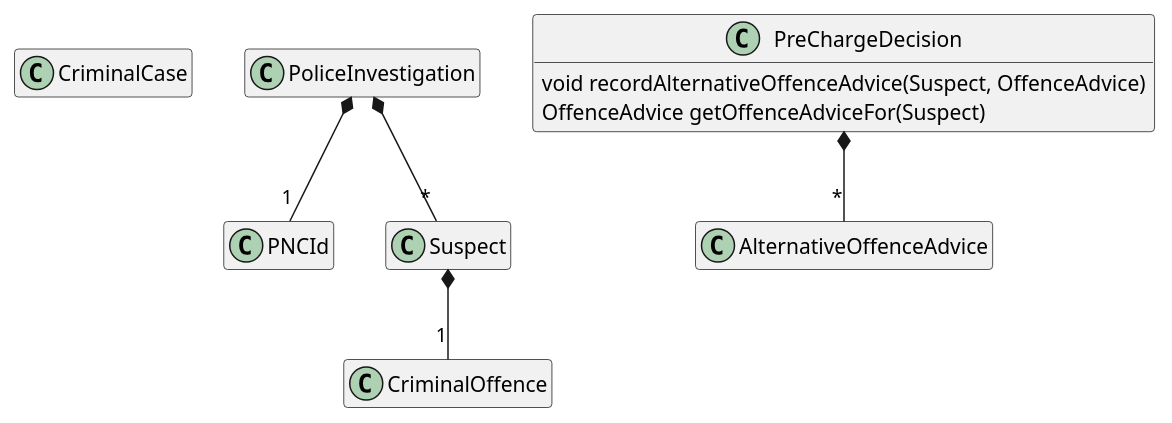
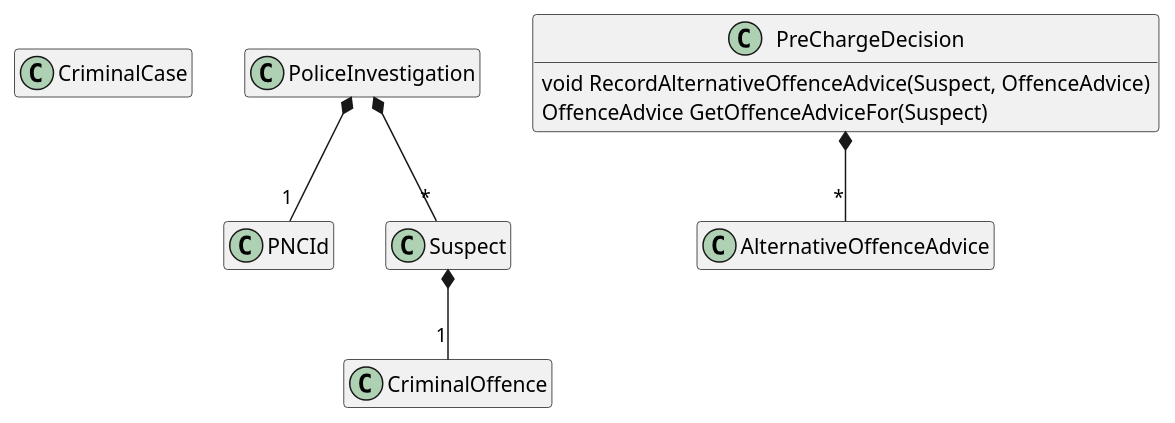
Before and after one commit to sswietoniowski/learning-csharp-domain-driven-desing-first-steps: the diagram in docs/Domain-Model.puml, drawn with PlantUML. The commit also changed 2 other files, not shown here.

```diff
--- a/docs/Domain-Model.puml
+++ b/docs/Domain-Model.puml
@@ -1,37 +1,37 @@
 @startuml Public Prosecution Service
 
 hide empty members
 hide empty methods
 
 class CriminalCase {
 }
 
 class CriminalOffence {
 }
 
 class PNCId {
 }
 
 class PoliceInvestigation {
 }
 
 class PreChargeDecision {
-    void recordAlternativeOffenceAdvice(Suspect, OffenceAdvice)
-    OffenceAdvice getOffenceAdviceFor(Suspect)
+    void RecordAlternativeOffenceAdvice(Suspect, OffenceAdvice)
+    OffenceAdvice GetOffenceAdviceFor(Suspect)
 }
 
 class AlternativeOffenceAdvice {
 }
 
 class Suspect    {
 }
 
 Suspect *-- "1" CriminalOffence
 
 PoliceInvestigation *-- "*" Suspect
 
 PoliceInvestigation *-- "1" PNCId
 
 PreChargeDecision *-- "*" AlternativeOffenceAdvice
 
 @enduml
```
